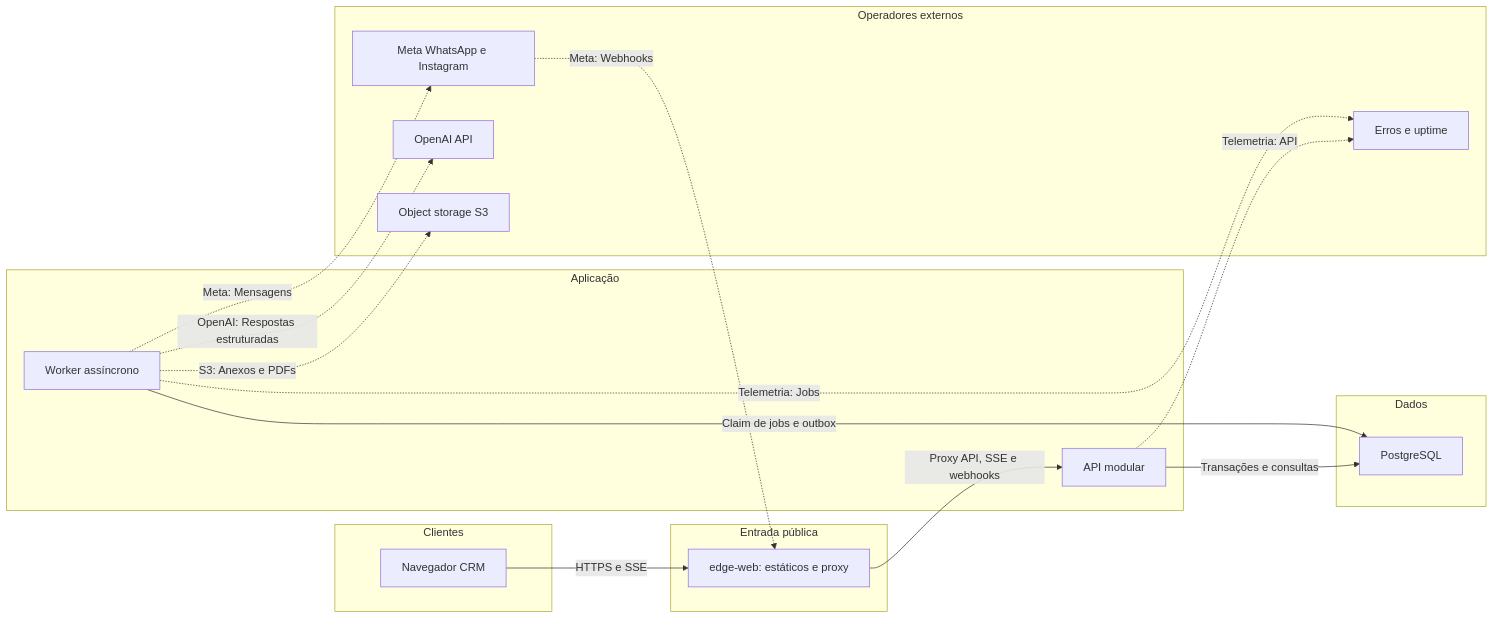
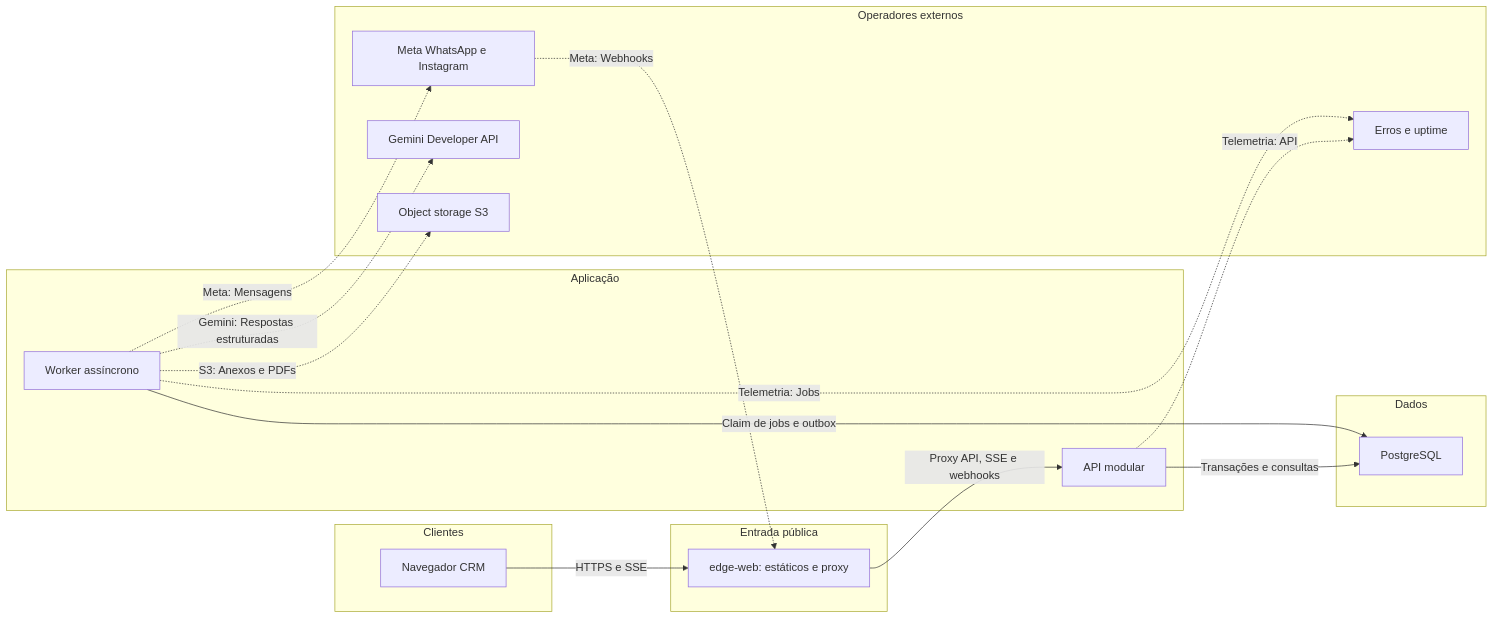
The first of 3 diagrams in TECHNICAL-DESIGN.md (romulosutil/crm-silmer), drawn with Mermaid before and after one commit. The commit also changed other lines of this file and 16 other files, not shown here.

First line of the commit message:
feat(gemini): replace OpenAI privacy baseline

````diff
--- a/TECHNICAL-DESIGN.md
+++ b/TECHNICAL-DESIGN.md
@@ -122,33 +122,33 @@
 ```mermaid
 flowchart LR
     subgraph client ["Clientes"]
         browser["Navegador CRM"]
     end
     subgraph gateway ["Entrada pública"]
         edgeWeb["edge-web: estáticos e proxy"]
     end
     subgraph service ["Aplicação"]
         api["API modular"]
         worker["Worker assíncrono"]
     end
     subgraph datastore ["Dados"]
         postgres["PostgreSQL"]
     end
     subgraph external ["Operadores externos"]
         meta["Meta WhatsApp e Instagram"]
-        aiProvider["OpenAI API"]
+        aiProvider["Gemini Developer API"]
         objectStorage["Object storage S3"]
         telemetry["Erros e uptime"]
     end
 
     browser -->|"HTTPS e SSE"| edgeWeb
     edgeWeb -->|"Proxy API, SSE e webhooks"| api
     api -->|"Transações e consultas"| postgres
     worker -->|"Claim de jobs e outbox"| postgres
     meta -.->|"Meta: Webhooks"| edgeWeb
     worker -.->|"Meta: Mensagens"| meta
-    worker -.->|"OpenAI: Respostas estruturadas"| aiProvider
+    worker -.->|"Gemini: Respostas estruturadas"| aiProvider
     worker -.->|"S3: Anexos e PDFs"| objectStorage
     api -.->|"Telemetria: API"| telemetry
     worker -.->|"Telemetria: Jobs"| telemetry
 ```
````
